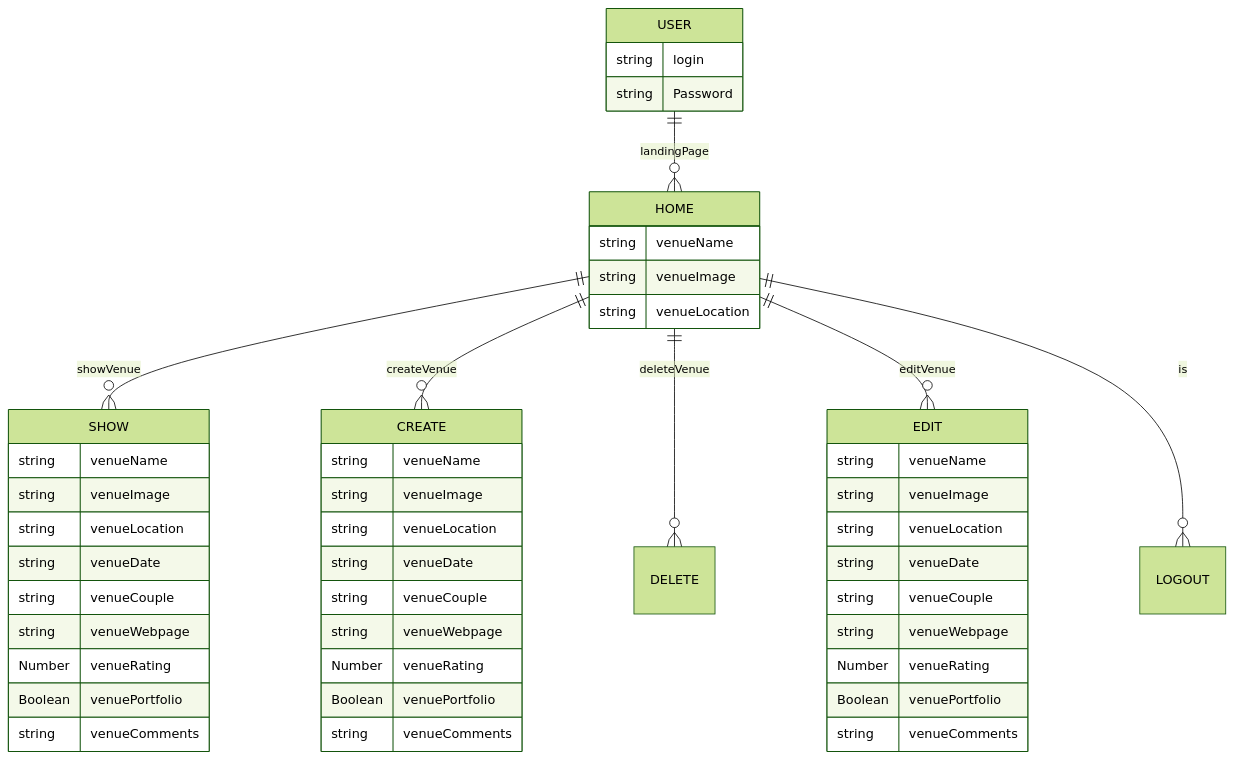
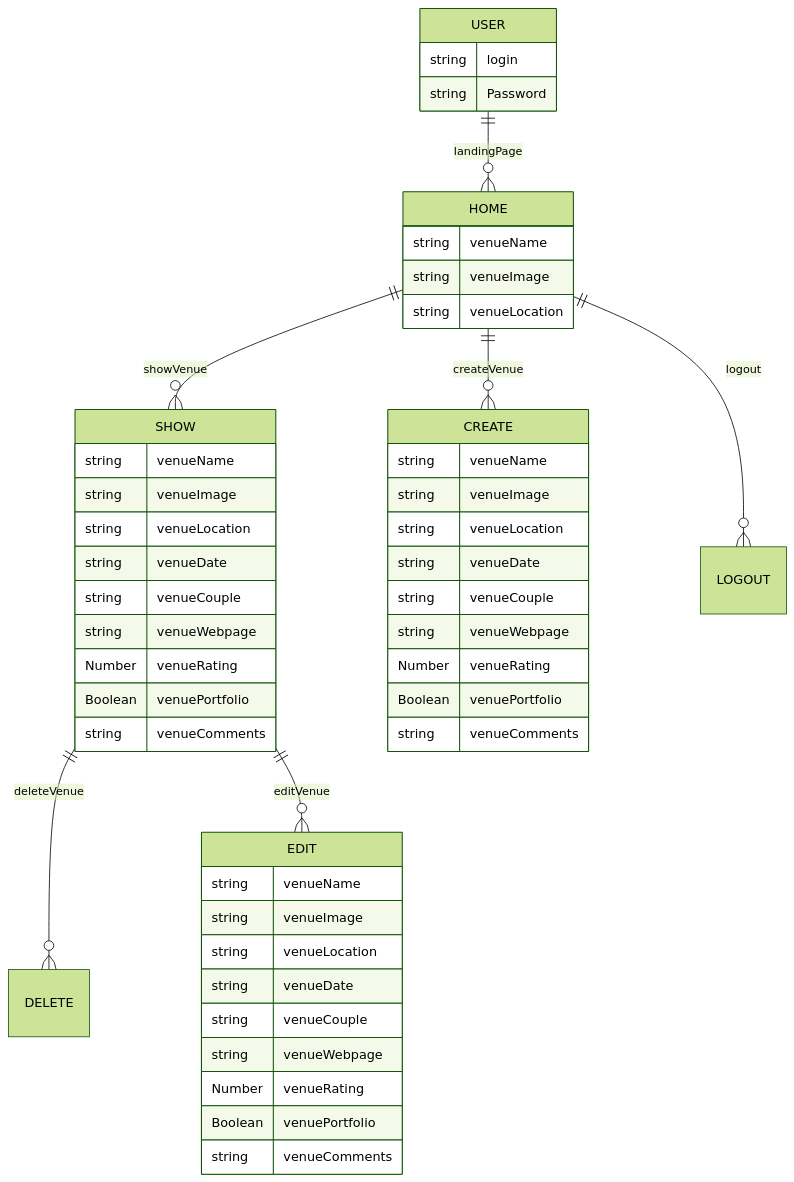
One commit to adriancgarcia/project2-photo-assistant changed the diagram in readme.md. Above: the diagram before and after it, drawn with Mermaid (forest theme).

````diff
--- a/readme.md
+++ b/readme.md
@@ -41,63 +41,63 @@
 ``` mermaid
 erDiagram
     USER {
         string login
         string Password
     }
 
     USER ||--O{ HOME : landingPage
     
     HOME {
         string venueName
         string venueImage
         string venueLocation
     }
 
     HOME || --o{ SHOW : showVenue
     SHOW{
         string venueName
         string venueImage
         string venueLocation
         string venueDate
         string venueCouple
         string venueWebpage
         Number venueRating
         Boolean venuePortfolio
         string venueComments
     }
     HOME || --o{ CREATE : createVenue
     CREATE {
         string venueName
         string venueImage
         string venueLocation
         string venueDate
         string venueCouple
         string venueWebpage
         Number venueRating
         Boolean venuePortfolio
         string venueComments
     }
-    HOME || --o{ DELETE : deleteVenue
+    SHOW || --o{ DELETE : deleteVenue
     DELETE {
 
 
     }
-    HOME || --o{ EDIT : editVenue
+    SHOW || --o{ EDIT : editVenue
     EDIT {
         string venueName
         string venueImage
         string venueLocation
         string venueDate
         string venueCouple
         string venueWebpage
         Number venueRating
         Boolean venuePortfolio
         string venueComments
     }
-    HOME || --o{ LOGOUT : is
+    HOME || --o{ LOGOUT : logout
     LOGOUT {
 
     }
     
 
 ```
````
